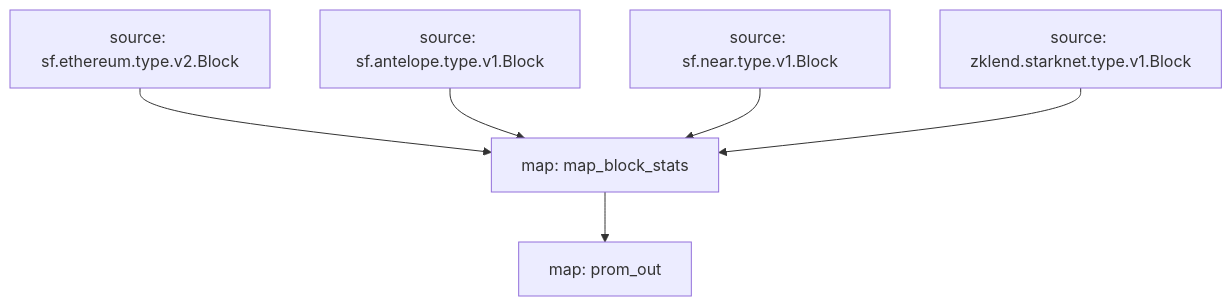
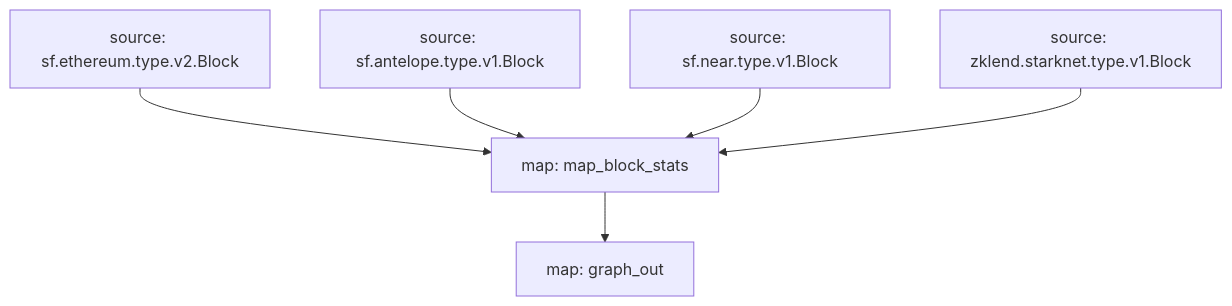
The diagram in README.md (pinax-network/subtivity-substreams), drawn with Mermaid before and after one commit. The commit also changed other lines of this file and 8 other files, not shown here.

````diff
--- a/README.md
+++ b/README.md
@@ -40,10 +60,10 @@
 ```mermaid
 graph TD;
   map_block_stats[map: map_block_stats]
   sf.ethereum.type.v2.Block[source: sf.ethereum.type.v2.Block] --> map_block_stats
   sf.antelope.type.v1.Block[source: sf.antelope.type.v1.Block] --> map_block_stats
   sf.near.type.v1.Block[source: sf.near.type.v1.Block] --> map_block_stats
   zklend.starknet.type.v1.Block[source: zklend.starknet.type.v1.Block] --> map_block_stats
-  prom_out[map: prom_out]
-  map_block_stats --> prom_out
+  graph_out[map: graph_out]
+  map_block_stats --> graph_out
 ```
````
